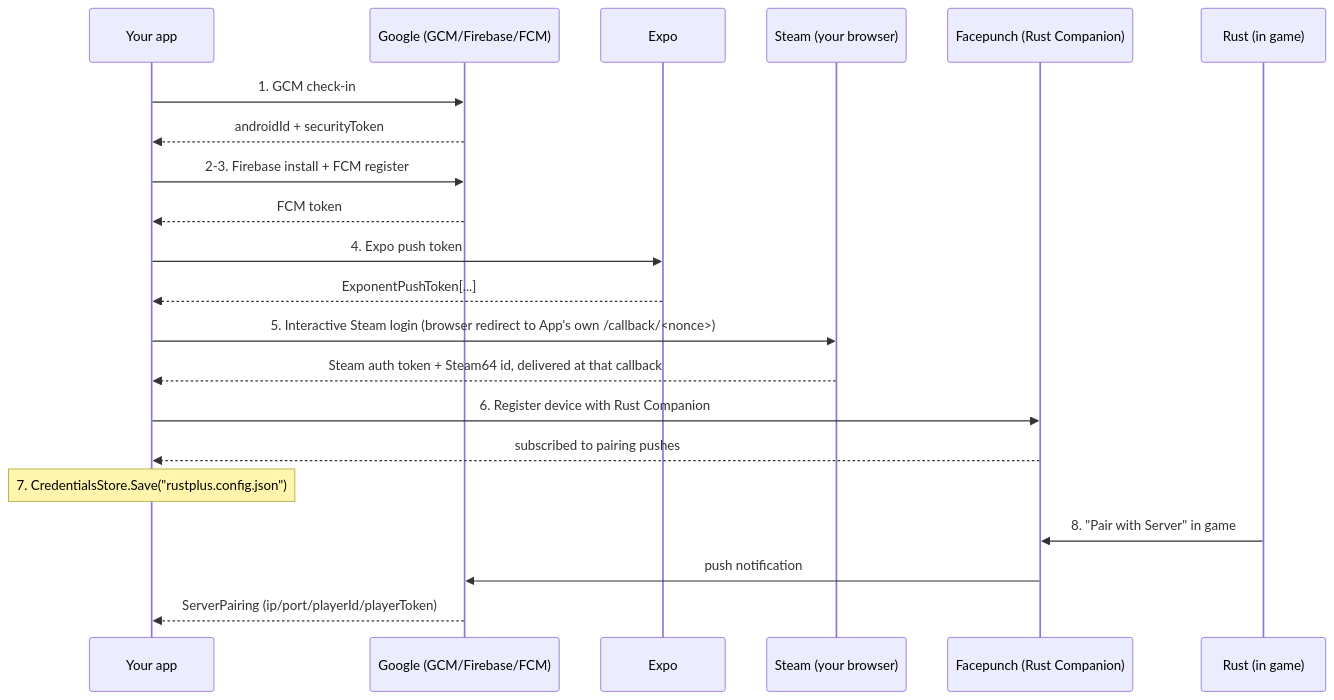
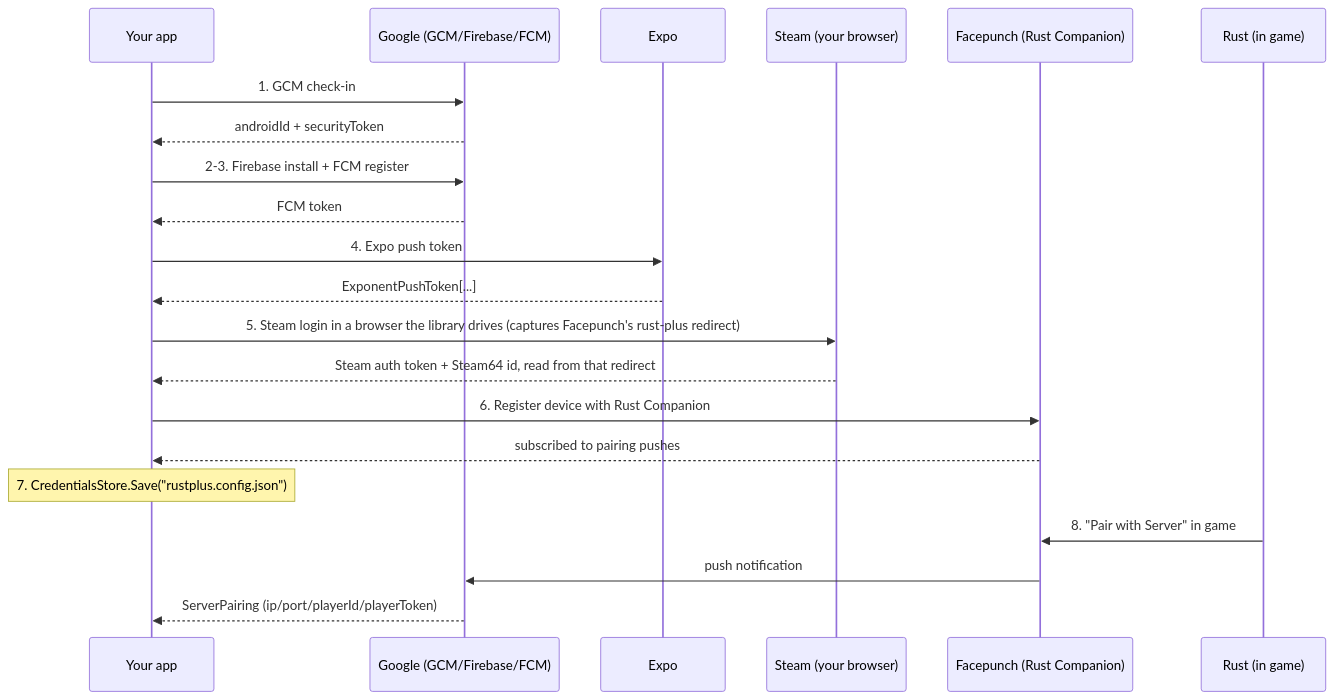
Before and after one commit to HandyS11/RustPlusApi: the diagram in docs/articles/credentials.md, drawn with Mermaid. The commit also changed other lines of this file and 48 other files, not shown here.

````diff
--- a/docs/articles/credentials.md
+++ b/docs/articles/credentials.md
@@ -45,24 +50,24 @@
 ```mermaid
 sequenceDiagram
     participant App as Your app
     participant G as Google (GCM/Firebase/FCM)
     participant E as Expo
     participant St as Steam (your browser)
     participant FP as Facepunch (Rust Companion)
     participant Game as Rust (in game)
 
     App->>G: 1. GCM check-in
     G-->>App: androidId + securityToken
     App->>G: 2-3. Firebase install + FCM register
     G-->>App: FCM token
     App->>E: 4. Expo push token
     E-->>App: ExponentPushToken[...]
-    App->>St: 5. Interactive Steam login (browser redirect to App's own /callback/<nonce>)
-    St-->>App: Steam auth token + Steam64 id, delivered at that callback
+    App->>St: 5. Steam login in a browser the library drives (captures Facepunch's rust-plus redirect)
+    St-->>App: Steam auth token + Steam64 id, read from that redirect
     App->>FP: 6. Register device with Rust Companion
     FP-->>App: subscribed to pairing pushes
     Note over App: 7. CredentialsStore.Save("rustplus.config.json")
     Game->>FP: 8. "Pair with Server" in game
     FP->>G: push notification
     G-->>App: ServerPairing (ip/port/playerId/playerToken)
 ```
````
